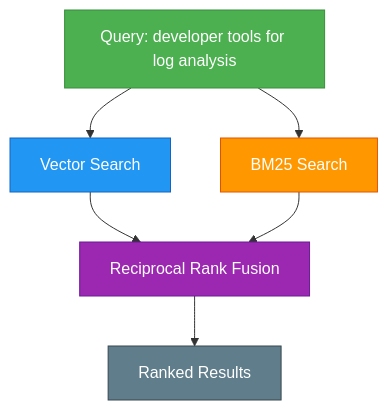
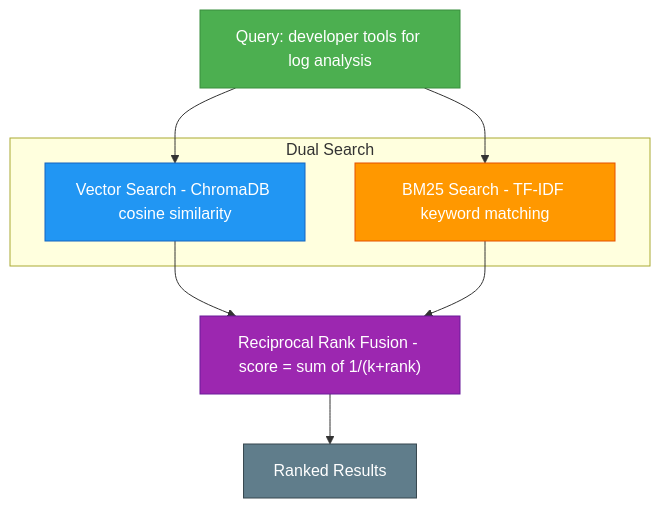
Before and after one commit to soumyachk101/IdeaForge: the seventh of 8 diagrams in README.md, drawn with Mermaid. The commit also changed other lines of this file, not shown here.

First line of the commit message:
Replace ASCII architecture with 3 Mermaid workflow diagrams

````diff
--- a/README.md
+++ b/README.md
@@ -447,14 +447,25 @@
 ```mermaid
-graph TB
-    Q["Query: developer tools for log analysis"] --> VS["Vector Search"]
-    Q --> BM["BM25 Search"]
-    VS --> F["Reciprocal Rank Fusion"]
-    BM --> F
-    F --> R["Ranked Results"]
+flowchart TB
+    Q["Query: developer tools for log analysis"]
+
+    subgraph SEARCH["Dual Search"]
+        VS["Vector Search - ChromaDB cosine similarity"]
+        BM["BM25 Search - TF-IDF keyword matching"]
+    end
+
+    FUSION["Reciprocal Rank Fusion - score = sum of 1/(k+rank)"]
+
+    RANK["Ranked Results"]
+
+    Q --> VS
+    Q --> BM
+    VS --> FUSION
+    BM --> FUSION
+    FUSION --> RANK
 
     style Q fill:#4CAF50,stroke:#388E3C,color:#fff
     style VS fill:#2196F3,stroke:#1565C0,color:#fff
     style BM fill:#FF9800,stroke:#E65100,color:#fff
-    style F fill:#9C27B0,stroke:#6A1B9A,color:#fff
-    style R fill:#607D8B,stroke:#37474F,color:#fff
+    style FUSION fill:#9C27B0,stroke:#6A1B9A,color:#fff
+    style RANK fill:#607D8B,stroke:#37474F,color:#fff
 ```
````
